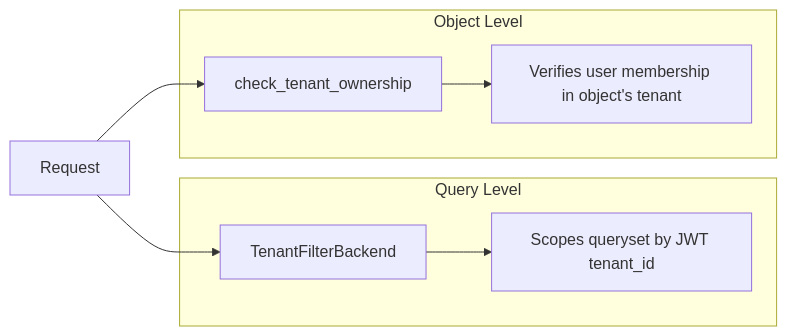
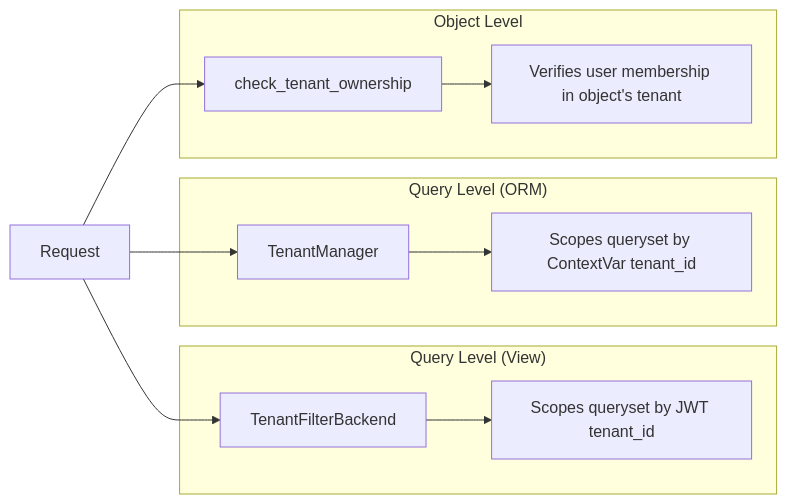
The second of 2 diagrams in docs/guidelines/access-control.md (camercadop/drf-enterprise-information-platform), drawn with Mermaid before and after one commit. The commit also changed other lines of this file and 9 other files, not shown here.

Commit message:
feat(tenancy): implement JWT authentication with tenant scope binding and enhance ORM-level isolation

````diff
--- a/docs/guidelines/access-control.md
+++ b/docs/guidelines/access-control.md
@@ -190,13 +190,18 @@
 ```mermaid
 flowchart LR
-    subgraph "Query Level"
+    subgraph "Query Level (View)"
         A[TenantFilterBackend] --> B[Scopes queryset by JWT tenant_id]
+    end
+
+    subgraph "Query Level (ORM)"
+        F[TenantManager] --> G[Scopes queryset by ContextVar tenant_id]
     end
 
     subgraph "Object Level"
         C[check_tenant_ownership] --> D[Verifies user membership in object's tenant]
     end
 
     E[Request] --> A
+    E --> F
     E --> C
 ```
````
